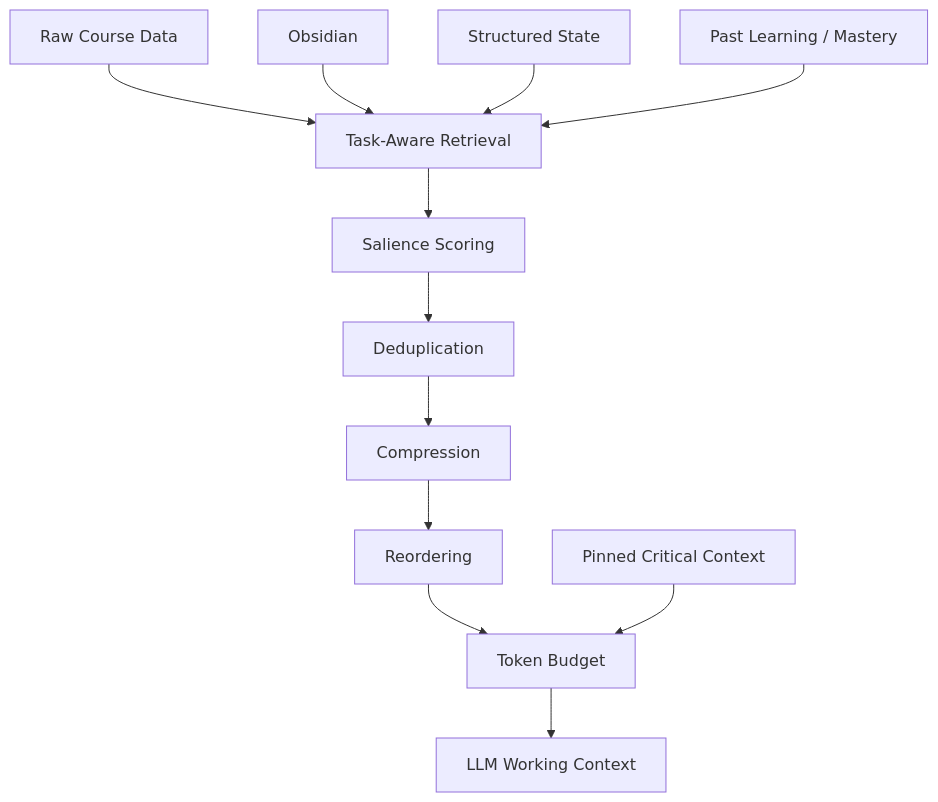
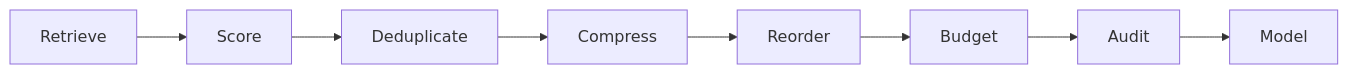
One commit to Riku888/smartee changed the sixth of 7 diagrams in ARCHITECTURE.md. Above: the diagram before and after it, drawn with Mermaid. The commit also changed other lines of this file and 1 other file, not shown here.

Commit message:
Changed architecture files

````diff
--- a/ARCHITECTURE.md
+++ b/ARCHITECTURE.md
@@ -744,32 +1319,13 @@
 ```mermaid
-flowchart TD
+flowchart LR
+    RET[Retrieve]
+    SCORE[Score]
+    DEDUP[Deduplicate]
+    COMP[Compress]
+    ORDER[Reorder]
+    BUDGET[Budget]
+    AUDIT[Audit]
+    MODEL[Model]
 
-    RAW[Raw Course Data]
-    OBS[Obsidian]
-    DB[Structured State]
-    MEM[Past Learning / Mastery]
-
-    RET[Task-Aware Retrieval]
-    SCORE[Salience Scoring]
-    DEDUP[Deduplication]
-    COMP[Compression]
-    REORDER[Reordering]
-    BUDGET[Token Budget]
-    PIN[Pinned Critical Context]
-
-    LLM[LLM Working Context]
-
-    RAW --> RET
-    OBS --> RET
-    DB --> RET
-    MEM --> RET
-
-    RET --> SCORE
-    SCORE --> DEDUP
-    DEDUP --> COMP
-    COMP --> REORDER
-    REORDER --> BUDGET
-    PIN --> BUDGET
-
-    BUDGET --> LLM
+    RET --> SCORE --> DEDUP --> COMP --> ORDER --> BUDGET --> AUDIT --> MODEL
 ```
````
